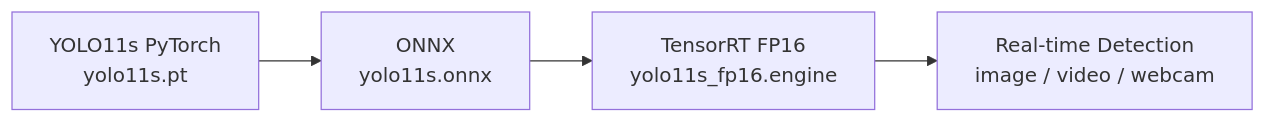
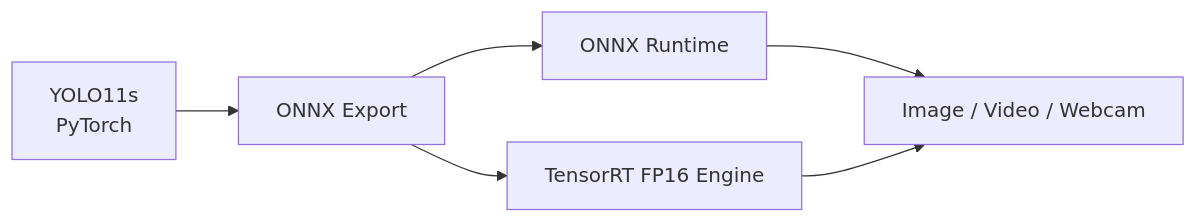
Before and after one commit to Zack-Zhang1031/yolo11-tensorrt-realtime: the diagram in README.md, drawn with Mermaid. The commit also changed other lines of this file and 20 other files, not shown here.

````diff
--- a/README.md
+++ b/README.md
@@ -23,6 +23,8 @@
 ```mermaid
 flowchart LR
-    A["YOLO11s PyTorch<br/>yolo11s.pt"] --> B["ONNX<br/>yolo11s.onnx"]
-    B --> C["TensorRT FP16<br/>yolo11s_fp16.engine"]
-    C --> D["Real-time Detection<br/>image / video / webcam"]
+    A["YOLO11s<br/>PyTorch"] --> B["ONNX Export"]
+    B --> C["ONNX Runtime"]
+    B --> D["TensorRT FP16 Engine"]
+    C --> E["Image / Video / Webcam"]
+    D --> E
 ```
````
